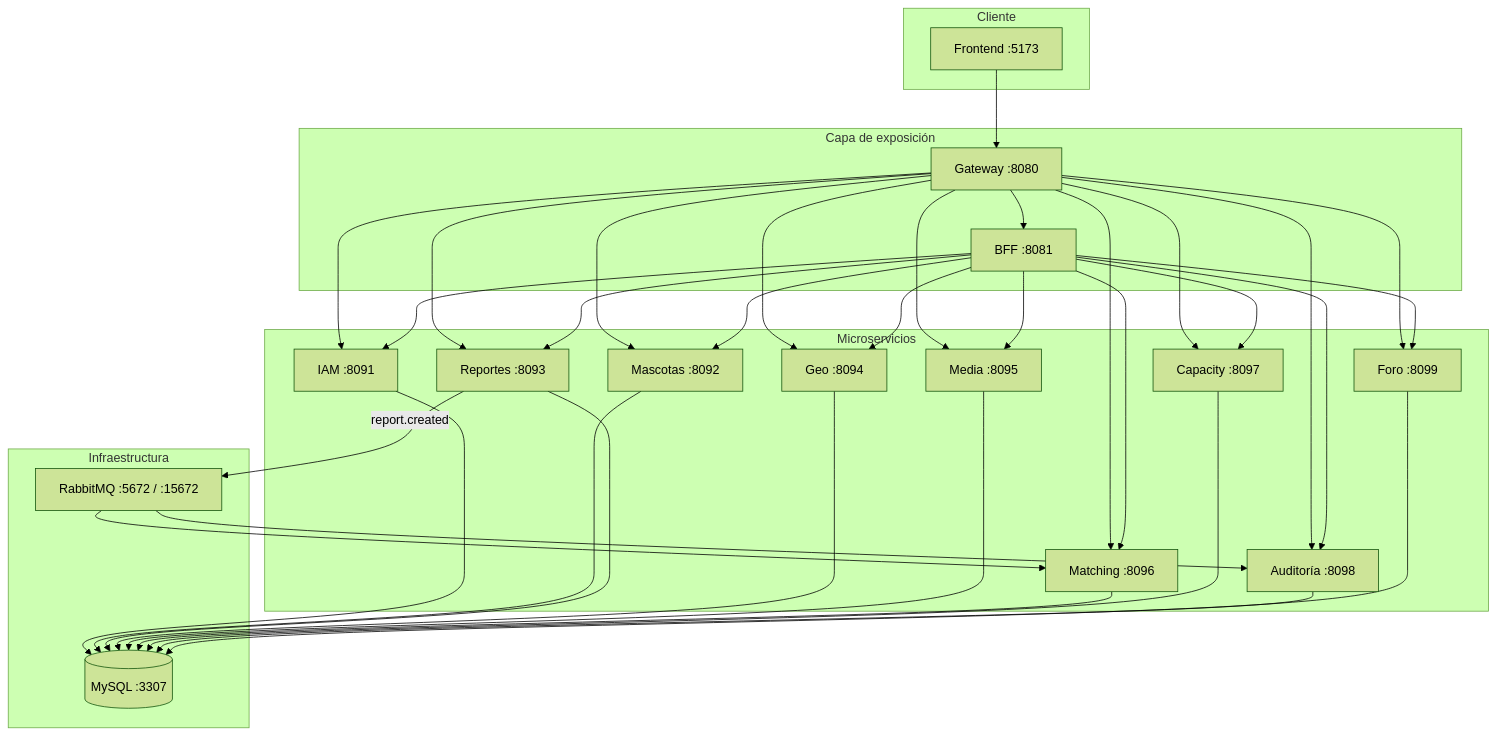
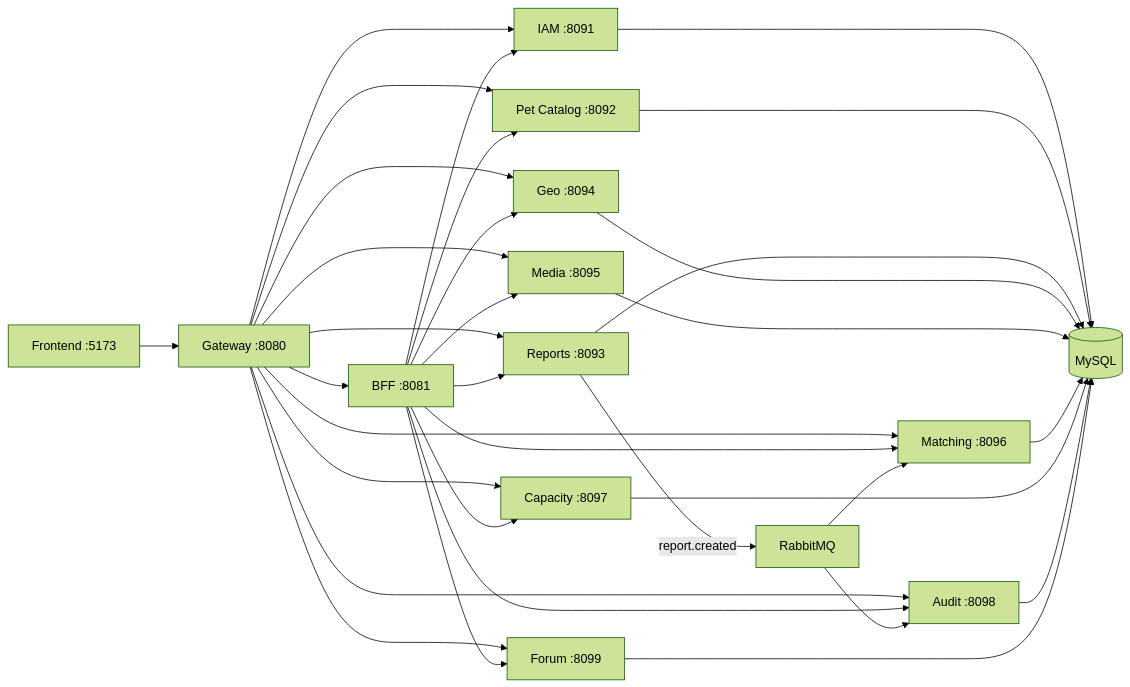
One commit to IgnacioLondono/Sanos--y--Salvos changed the diagram in README.md. Above: the diagram before and after it, drawn with Mermaid (forest theme). The commit also changed other lines of this file and 12 other files, not shown here.

````diff
--- a/README.md
+++ b/README.md
@@ -89,32 +71,35 @@
 ```mermaid
-flowchart TB
-  subgraph cliente [Cliente]
-    FE[Frontend :5173]
-  end
-  subgraph edge [Capa de exposición]
-    GW[Gateway :8080]
-    BFF[BFF :8081]
-  end
-  subgraph ms [Microservicios]
-    IAM[IAM :8091]
-    PET[Mascotas :8092]
-    REP[Reportes :8093]
-    GEO[Geo :8094]
-    MED[Media :8095]
-    MAT[Matching :8096]
-    CAP[Capacity :8097]
-    AUD[Auditoría :8098]
-    FOR[Foro :8099]
-  end
-  subgraph infra [Infraestructura]
-    MY[(MySQL :3307)]
-    RMQ[RabbitMQ :5672 / :15672]
-  end
-  FE --> GW
-  GW --> BFF
-  GW --> IAM & PET & REP & GEO & MED & MAT & CAP & AUD & FOR
-  BFF --> IAM & PET & REP & GEO & MED & MAT & CAP & AUD & FOR
-  IAM & PET & REP & GEO & MED & MAT & CAP & AUD & FOR --> MY
-  REP -->|report.created| RMQ
-  RMQ --> AUD & MAT
+flowchart LR
+  FE[Frontend :5173] --> GW[Gateway :8080]
+  GW --> BFF[BFF :8081]
+  GW --> IAM[IAM :8091]
+  GW --> PET[Pet Catalog :8092]
+  GW --> REP[Reports :8093]
+  GW --> GEO[Geo :8094]
+  GW --> MED[Media :8095]
+  GW --> MAT[Matching :8096]
+  GW --> CAP[Capacity :8097]
+  GW --> AUD[Audit :8098]
+  GW --> FOR[Forum :8099]
+  BFF --> IAM
+  BFF --> PET
+  BFF --> REP
+  BFF --> GEO
+  BFF --> MED
+  BFF --> MAT
+  BFF --> CAP
+  BFF --> AUD
+  BFF --> FOR
+  REP -->|report.created| RMQ[RabbitMQ]
+  RMQ --> AUD
+  RMQ --> MAT
+  IAM --> DB[(MySQL)]
+  PET --> DB
+  REP --> DB
+  GEO --> DB
+  MED --> DB
+  MAT --> DB
+  CAP --> DB
+  AUD --> DB
+  FOR --> DB
 ```
````
